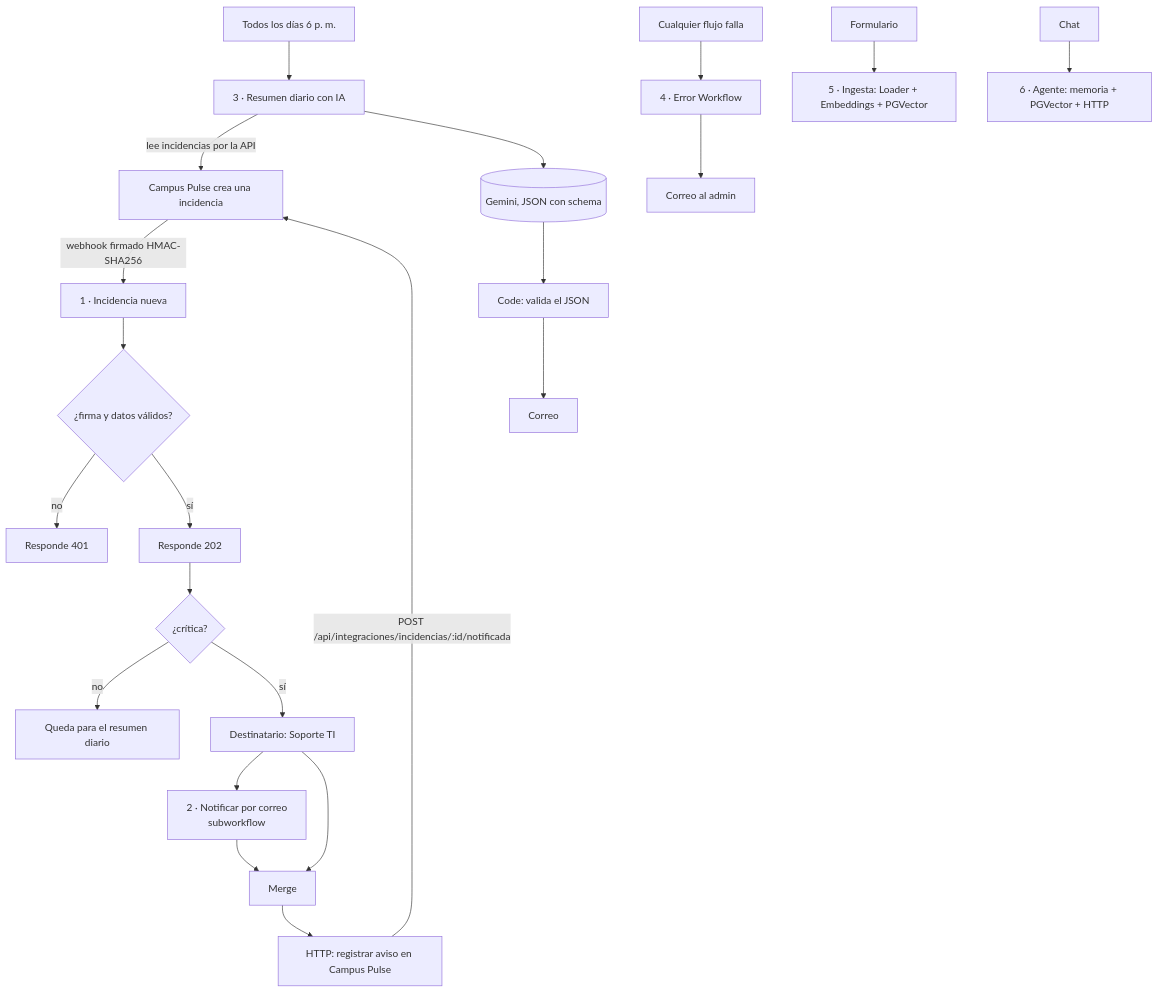
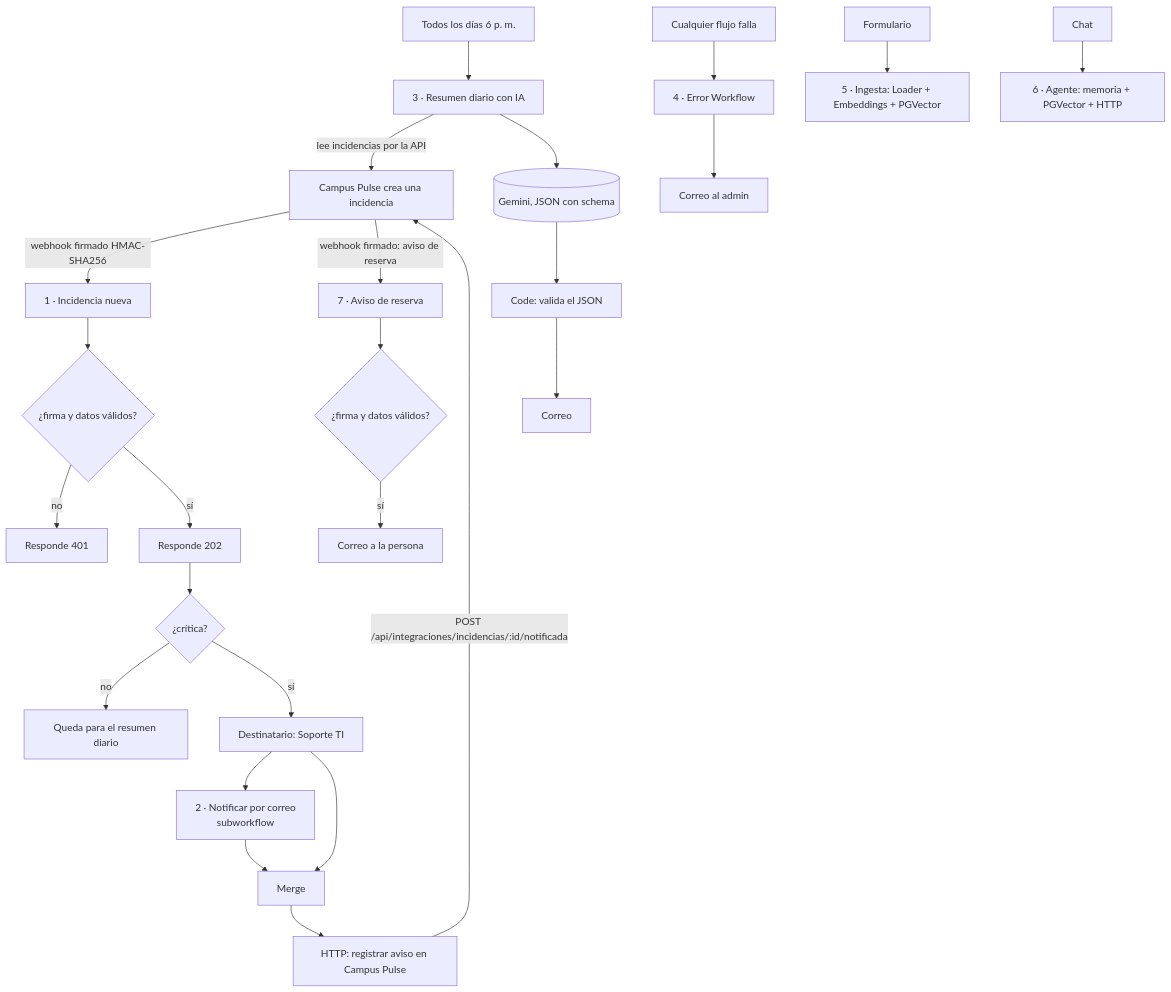
The diagram in docs/workflows.md (sebastianace/CampusPulse_VladimirAcelas), drawn with Mermaid before and after one commit. The commit also changed other lines of this file and 21 other files, not shown here.

First line of the commit message:
feat(avisos): correo a cada persona cuando cambia algo de su reserva

````diff
--- a/docs/workflows.md
+++ b/docs/workflows.md
@@ -35,20 +35,21 @@
 ```mermaid
 flowchart TD
     C[Campus Pulse crea una incidencia] -->|webhook firmado HMAC-SHA256| W[1 · Incidencia nueva]
     W --> V{¿firma y datos válidos?}
     V -- no --> R401[Responde 401]
     V -- sí --> R202[Responde 202] --> K{¿crítica?}
     K -- no --> D[Queda para el resumen diario]
     K -- sí --> S[Destinatario: Soporte TI]
     S --> SUB[2 · Notificar por correo<br/>subworkflow]
     S --> M
     SUB --> M[Merge]
     M --> H[HTTP: registrar aviso en Campus Pulse]
     H -->|POST /api/integraciones/incidencias/:id/notificada| C
     T[Todos los días 6 p. m.] --> RD[3 · Resumen diario con IA]
     RD -->|lee incidencias por la API| C
     RD --> G[(Gemini, JSON con schema)] --> VAL[Code: valida el JSON] --> MAIL[Correo]
     ERR[Cualquier flujo falla] --> EW[4 · Error Workflow] --> MAIL2[Correo al admin]
     F[Formulario] --> ING[5 · Ingesta: Loader + Embeddings + PGVector]
     CH[Chat] --> AG[6 · Agente: memoria + PGVector + HTTP]
+    C -->|webhook firmado: aviso de reserva| AV[7 · Aviso de reserva] --> VA{¿firma y datos válidos?} -- sí --> MAIL3[Correo a la persona]
 ```
````
